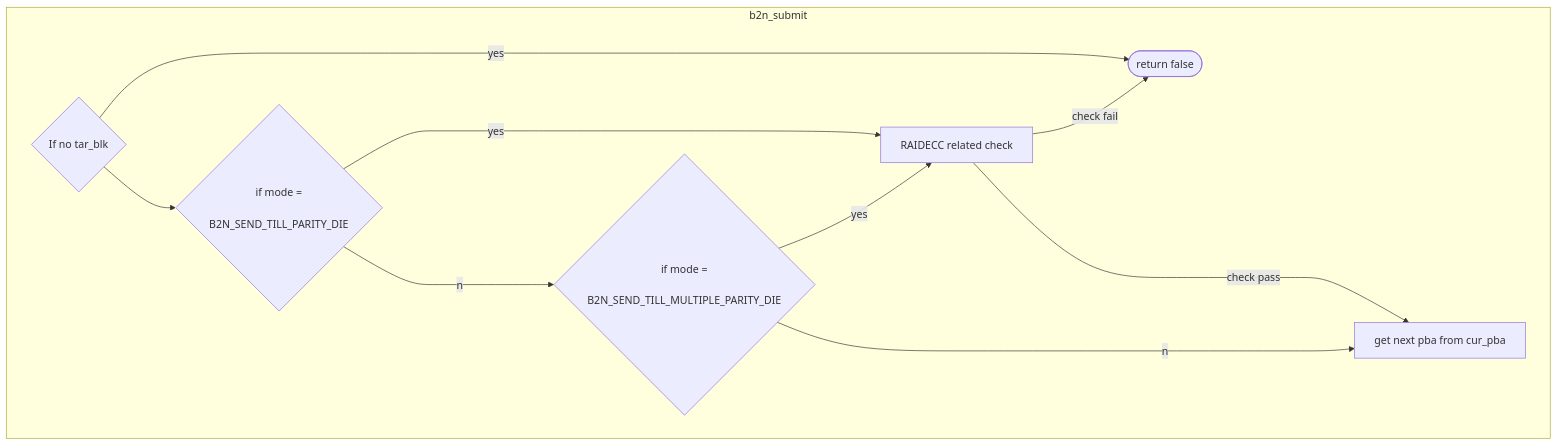
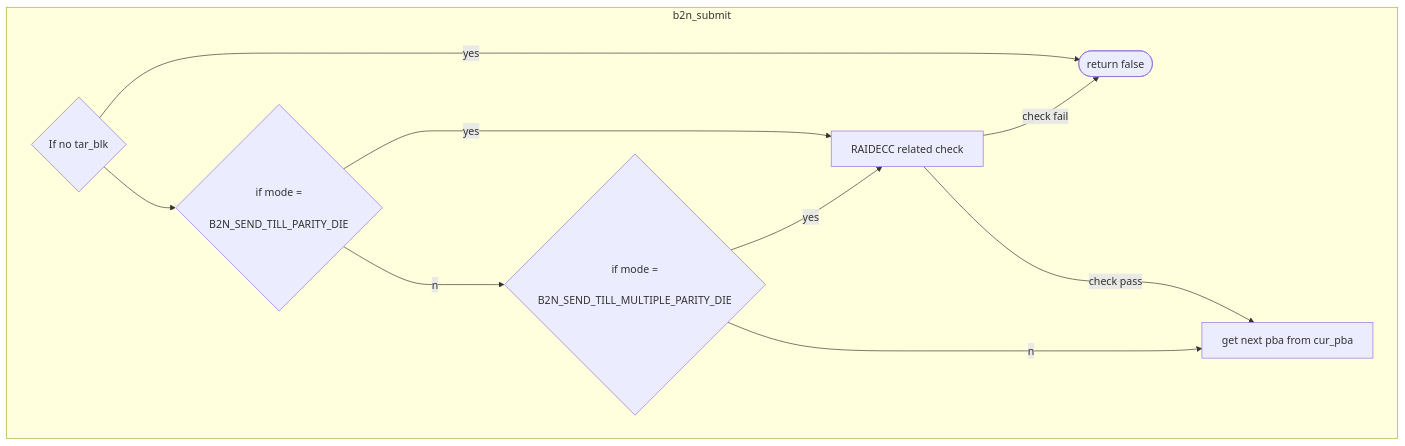
The diagram in all/未命名-2.md (jenny112646/iodraw-files), drawn with Mermaid before and after one commit.

Commit message:
2024-06-07 10:56:42 update

````diff
--- a/all/未命名-2.md
+++ b/all/未命名-2.md
@@ -1,17 +1,17 @@
 ```mermaid
 flowchart TD
 subgraph b2n_submit
     direction LR
     c1{"If no tar_blk"} --yes--> c2([return false])
     c1 --> c3{"if mode =
     B2N_SEND_TILL_PARITY_DIE"}
     c3 --yes--> c4["RAIDECC related check"]
-    c3 --no---> c5{"if mode =
+    c3 --no--> c5{"if mode =
     B2N_SEND_TILL_MULTIPLE_PARITY_DIE"}
     c5 --yes--> c4["RAIDECC related check"]
-    c5 --no----> c6["get next pba from cur_pba"]
+    c5 --no---> c6["get next pba from cur_pba"]
     c4 --"check fail"--> c2
     c4 --"check pass"--> c6
 
 end
 ```
````
